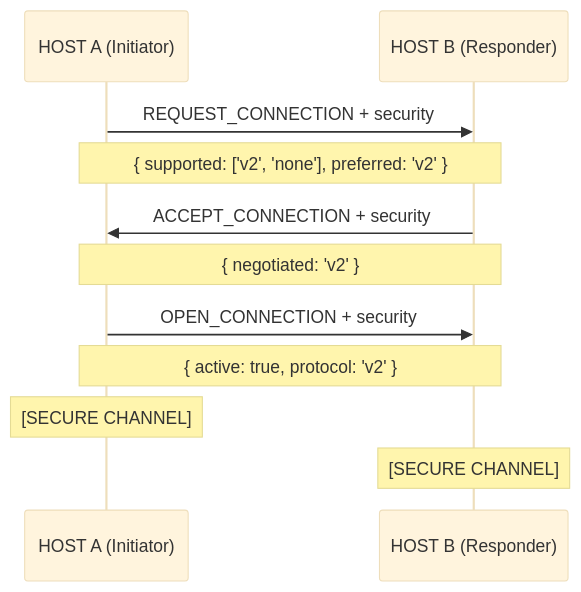
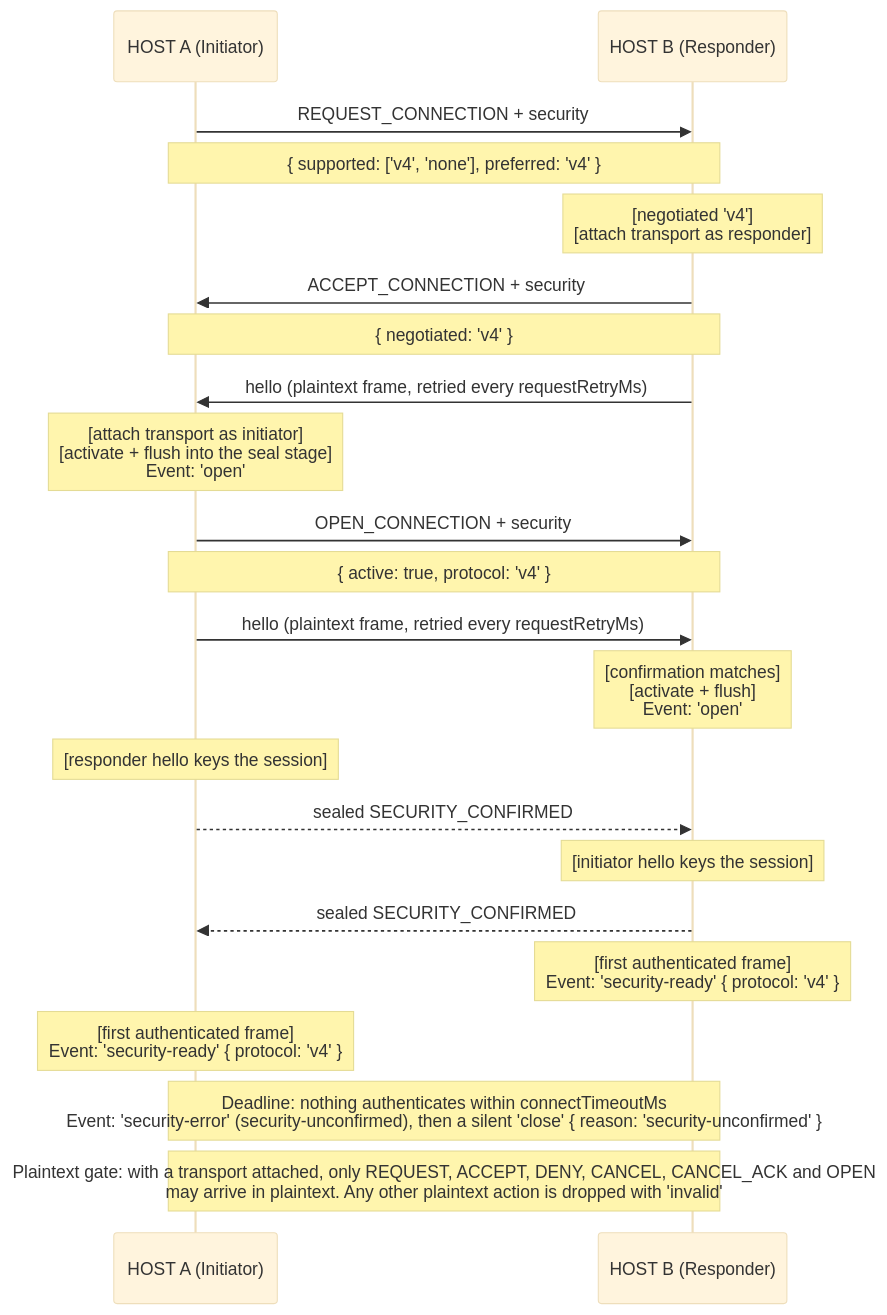
The seventh of 8 diagrams in libs/nexus/ARCHITECTURE.md (AndrewRedican/hyperfrontend), drawn with Mermaid before and after one commit. The commit also changed other lines of this file and 1 other file, not shown here.

Commit message:
docs(lib-nexus): describe the sealed session handshake and the security seam

````diff
--- a/libs/nexus/ARCHITECTURE.md
+++ b/libs/nexus/ARCHITECTURE.md
@@ -663,20 +671,31 @@
 ```mermaid
 ---
 config:
   theme: base
   themeVariables:
     fontSize: 12px
 ---
 sequenceDiagram
     participant HostA as HOST A (Initiator)
     participant HostB as HOST B (Responder)
 
     HostA->>HostB: REQUEST_CONNECTION + security
-    Note over HostA,HostB: { supported: ['v2', 'none'], preferred: 'v2' }
+    Note over HostA,HostB: { supported: ['v4', 'none'], preferred: 'v4' }
+    Note over HostB: [negotiated 'v4']<br/>[attach transport as responder]
     HostB->>HostA: ACCEPT_CONNECTION + security
-    Note over HostA,HostB: { negotiated: 'v2' }
+    Note over HostA,HostB: { negotiated: 'v4' }
+    HostB->>HostA: hello (plaintext frame, retried every requestRetryMs)
+    Note over HostA: [attach transport as initiator]<br/>[activate + flush into the seal stage]<br/>Event: 'open'
     HostA->>HostB: OPEN_CONNECTION + security
-    Note over HostA,HostB: { active: true, protocol: 'v2' }
-    Note over HostA: [SECURE CHANNEL]
-    Note over HostB: [SECURE CHANNEL]
+    Note over HostA,HostB: { active: true, protocol: 'v4' }
+    HostA->>HostB: hello (plaintext frame, retried every requestRetryMs)
+    Note over HostB: [confirmation matches]<br/>[activate + flush]<br/>Event: 'open'
+    Note over HostA: [responder hello keys the session]
+    HostA-->>HostB: sealed SECURITY_CONFIRMED
+    Note over HostB: [initiator hello keys the session]
+    HostB-->>HostA: sealed SECURITY_CONFIRMED
+    Note over HostB: [first authenticated frame]<br/>Event: 'security-ready' { protocol: 'v4' }
+    Note over HostA: [first authenticated frame]<br/>Event: 'security-ready' { protocol: 'v4' }
+    Note over HostA,HostB: Deadline: nothing authenticates within connectTimeoutMs<br/>Event: 'security-error' (security-unconfirmed), then a silent 'close' { reason: 'security-unconfirmed' }
+    Note over HostA,HostB: Plaintext gate: with a transport attached, only REQUEST, ACCEPT, DENY, CANCEL, CANCEL_ACK and OPEN<br/>may arrive in plaintext. Any other plaintext action is dropped with 'invalid'
 ```
````
